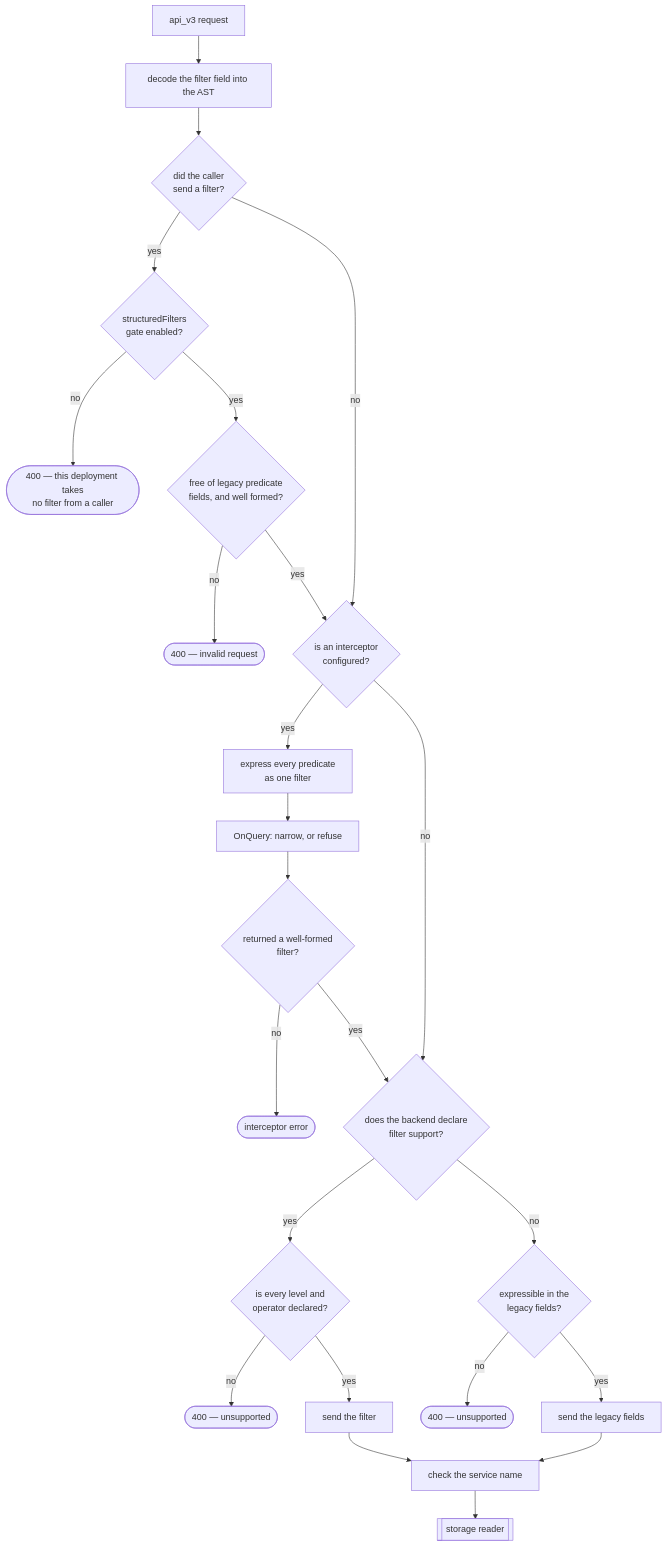
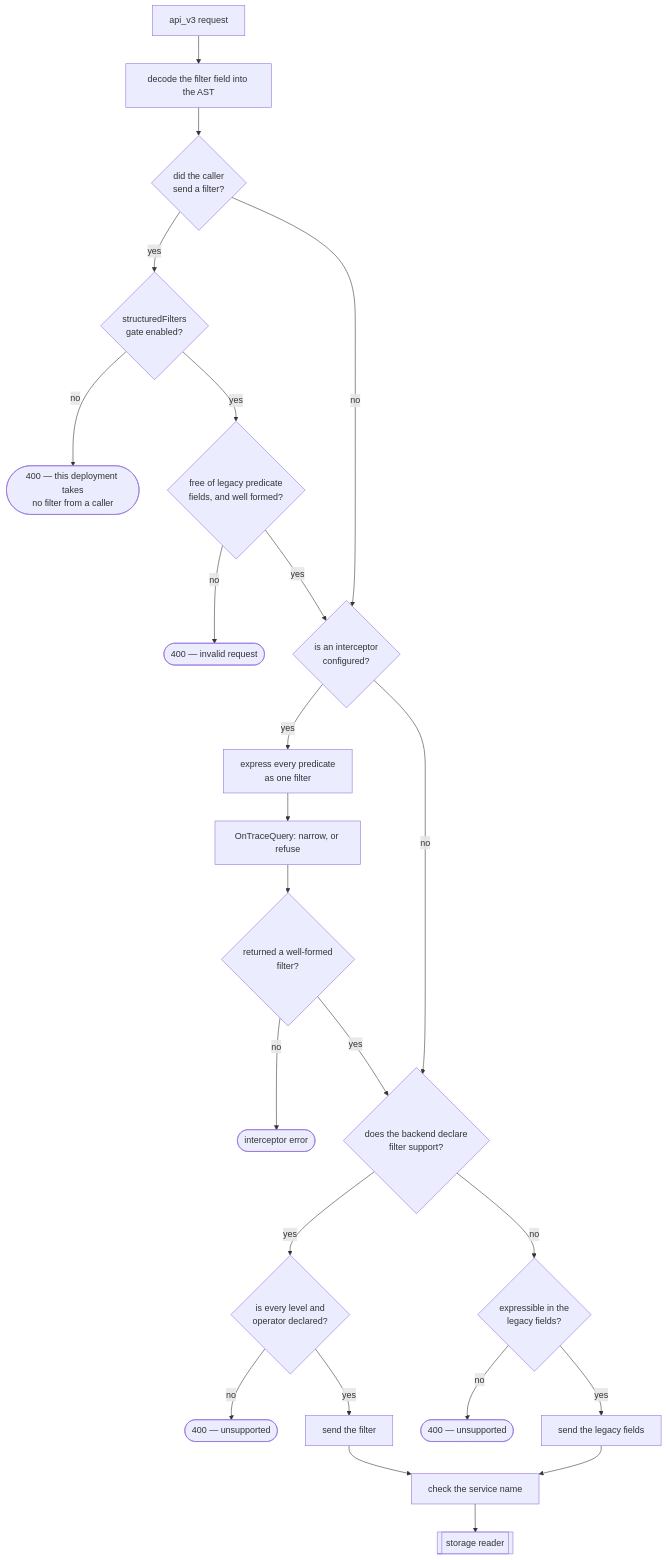
Before and after one commit to jaegertracing/jaeger: the diagram in docs/rfc/0005-structured-query-filters.md, drawn with Mermaid. The commit also changed 16 other files, not shown here.

````diff
--- a/docs/rfc/0005-structured-query-filters.md
+++ b/docs/rfc/0005-structured-query-filters.md
@@ -505,33 +505,33 @@
 ```mermaid
 flowchart TB
     req["api_v3 request"] --> decode["decode the filter field into the AST"]
     decode --> hasFilter{"did the caller<br/>send a filter?"}
 
     hasFilter -->|yes| gate{"structuredFilters<br/>gate enabled?"}
     gate -->|no| refuseGate(["400 — this deployment takes<br/>no filter from a caller"])
     gate -->|yes| checks{"free of legacy predicate<br/>fields, and well formed?"}
     checks -->|no| refuseBad(["400 — invalid request"])
 
     hasFilter -->|no| ic{"is an interceptor<br/>configured?"}
     checks -->|yes| ic
 
     ic -->|yes| toFilter["express every predicate<br/>as one filter"]
-    toFilter --> onQuery["OnQuery: narrow, or refuse"]
+    toFilter --> onQuery["OnTraceQuery: narrow, or refuse"]
     onQuery --> icOK{"returned a well-formed<br/>filter?"}
     icOK -->|no| refuseIc(["interceptor error"])
 
     ic -->|no| declares{"does the backend declare<br/>filter support?"}
     icOK -->|yes| declares
 
     declares -->|yes| supported{"is every level and<br/>operator declared?"}
     supported -->|no| refuseCap(["400 — unsupported"])
     supported -->|yes| sendFilter["send the filter"]
 
     declares -->|no| lower{"expressible in the<br/>legacy fields?"}
     lower -->|no| refuseLower(["400 — unsupported"])
     lower -->|yes| sendLegacy["send the legacy fields"]
 
     sendFilter --> svcName["check the service name"]
     sendLegacy --> svcName
     svcName --> storage[["storage reader"]]
 ```
````
